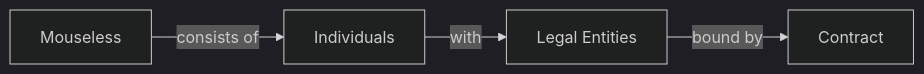
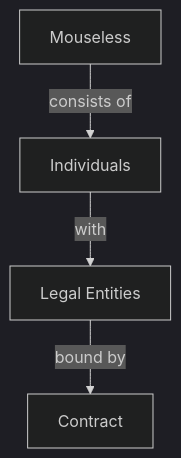
Before and after one commit to mouseless/mouseless.codes: the first of 2 diagrams in about.md, drawn with Mermaid (dark theme). The commit also changed other lines of this file and 7 other files, not shown here.

````diff
--- a/about.md
+++ b/about.md
@@ -92,4 +147,4 @@
 ```mermaid
-flowchart LR
+flowchart TB
     Mouseless --consists of--> Individuals --with--> LE[Legal Entities] --bound by--> C[Contract]
 ```
````
